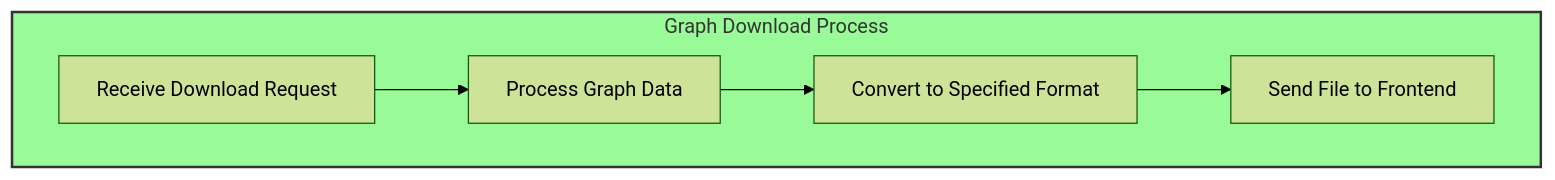
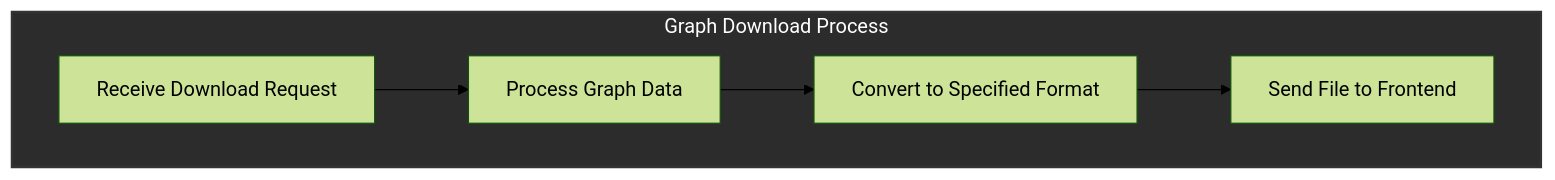
Before and after one commit to MaLoskins/GNN_Application: the fifth of 6 diagrams in README.md, drawn with Mermaid (forest theme). The commit also changed other lines of this file, not shown here.

````diff
--- a/README.md
+++ b/README.md
@@ -900,14 +900,14 @@
 ```mermaid
 graph TD
     %% Graph Download Process
     subgraph Graph_Download_Process [Graph Download Process]
         GD1[Receive Download Request]
         GD1 --> GD2[Process Graph Data]
         GD2 --> GD3[Convert to Specified Format]
         GD3 --> GD4[Send File to Frontend]
     end
     
     %% Styling
-    classDef pipeline fill:#98fb98,stroke:#333,stroke-width:2px;
+    classDef pipeline fill:#2c2c2c,stroke:#333333,stroke-width:2px,color:#ffffff;
     class Graph_Download_Process pipeline;
 ```
````
